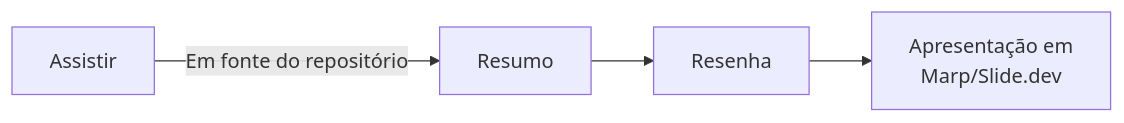
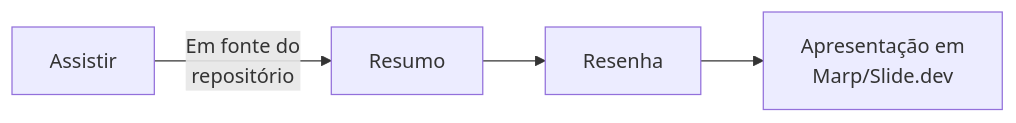
The second of 3 diagrams in README.md (dnlclaudino/gestao-do-conhecimento), drawn with Mermaid before and after one commit. The commit also changed other lines of this file, not shown here.

````diff
--- a/README.md
+++ b/README.md
@@ -43,6 +43,6 @@
 ```mermaid
 graph LR;
-    A[Assistir]-- Em fonte do repositório -->C[Resumo];
+    A[Assistir]-- Em fonte do<br> repositório -->C[Resumo];
     C-->D[Resenha];
     D-->E[Apresentação em<br>Marp/Slide.dev];
 ```
````
